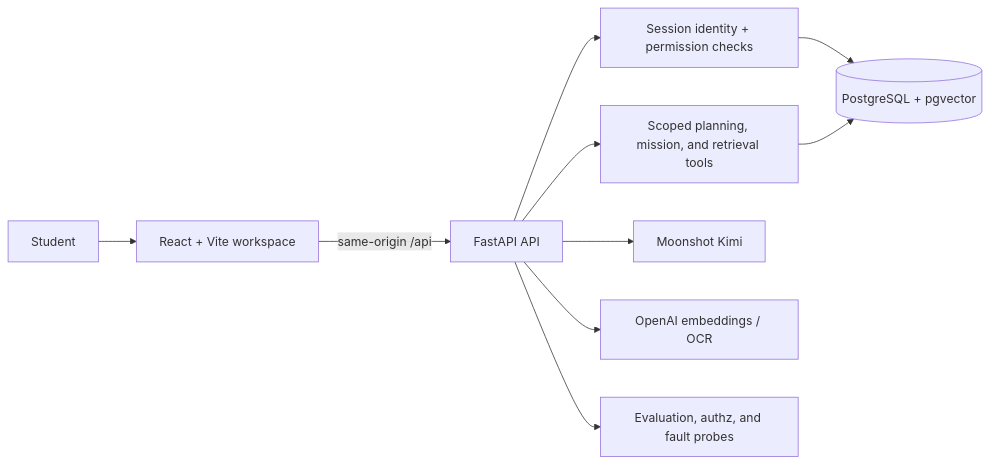
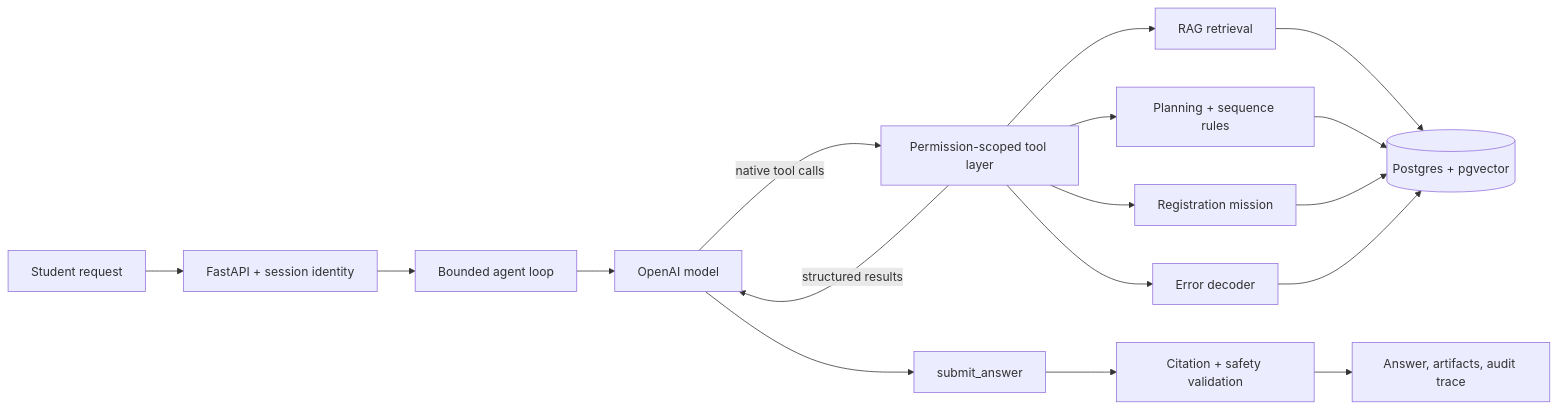
One commit to pingan1224/Path-Pilot changed the first of 2 diagrams in README.md. Above: the diagram before and after it, drawn with Mermaid. The commit also changed other lines of this file and 1 other file, not shown here.

````diff
--- a/README.md
+++ b/README.md
@@ -34,12 +53,19 @@
 ```mermaid
 flowchart LR
-    S[Student] --> W[React + Vite workspace]
-    W -->|same-origin /api| A[FastAPI API]
-    A --> I[Session identity + permission checks]
-    I --> D[(PostgreSQL + pgvector)]
-    A --> T[Scoped planning, mission, and retrieval tools]
-    T --> D
-    A --> L[Moonshot Kimi]
-    A --> E[OpenAI embeddings / OCR]
-    A --> Q[Evaluation, authz, and fault probes]
+    U["Student request"] --> API["FastAPI + session identity"]
+    API --> A["Bounded agent loop"]
+    A --> L["OpenAI model"]
+    L -->|"native tool calls"| T["Permission-scoped tool layer"]
+    T --> R["RAG retrieval"]
+    T --> P["Planning + sequence rules"]
+    T --> M["Registration mission"]
+    T --> D["Error decoder"]
+    R --> DB[("Postgres + pgvector")]
+    P --> DB
+    M --> DB
+    D --> DB
+    T -->|"structured results"| L
+    L --> S["submit_answer"]
+    S --> V["Citation + safety validation"]
+    V --> O["Answer, artifacts, audit trace"]
 ```
````
